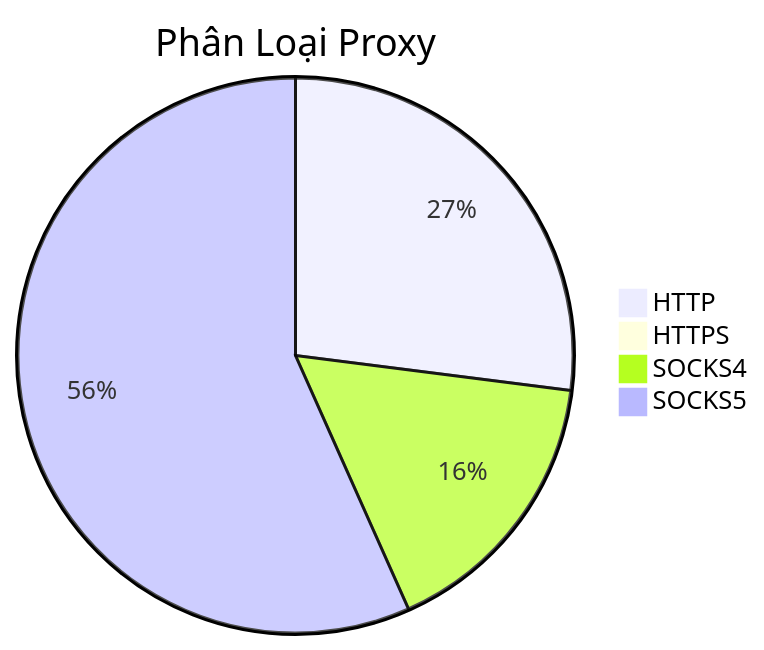
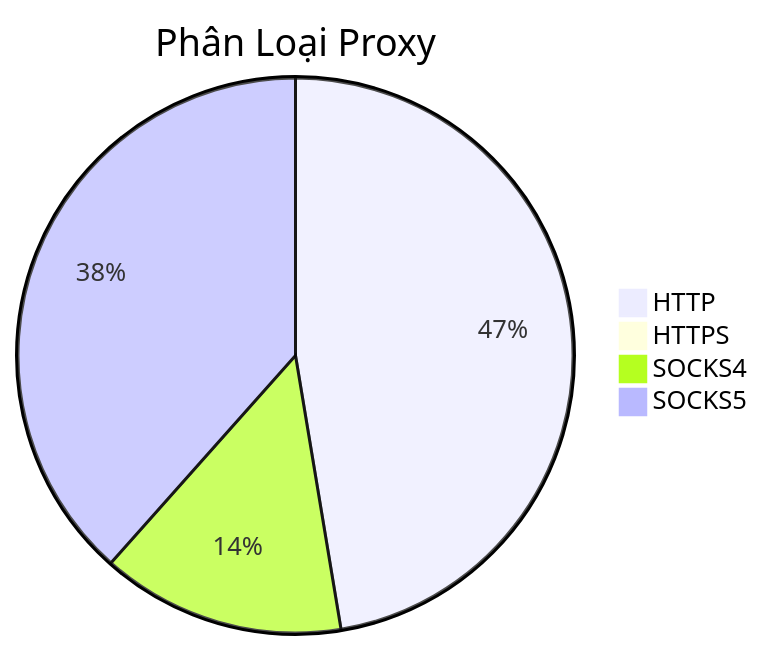
The diagram in README.md (Ciara-Aa/PROXY-free), drawn with Mermaid before and after one commit. The commit also changed other lines of this file and 4 other files, not shown here.

````diff
--- a/README.md
+++ b/README.md
@@ -26,7 +26,7 @@
 ```mermaid
 pie title Phân Loại Proxy
-    "HTTP" : 255
-    "HTTPS" : 3
-    "SOCKS4" : 154
-    "SOCKS5" : 535
+    "HTTP" : 307
+    "HTTPS" : 6
+    "SOCKS4" : 92
+    "SOCKS5" : 249
 ```
````
